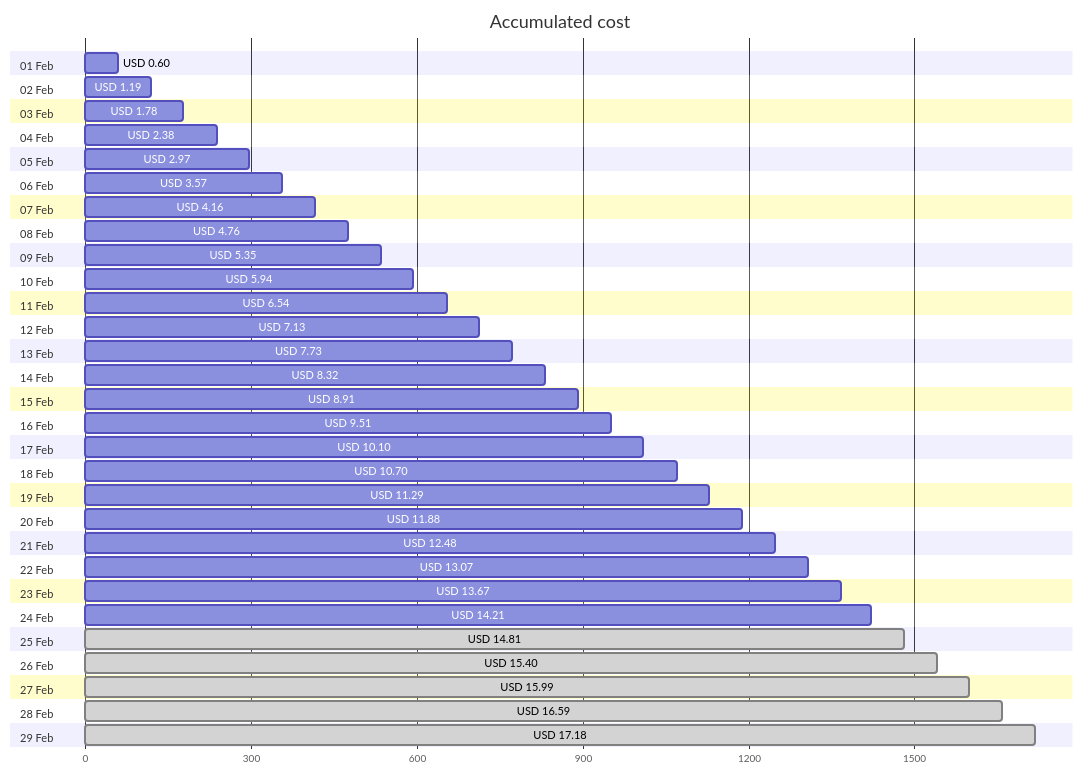
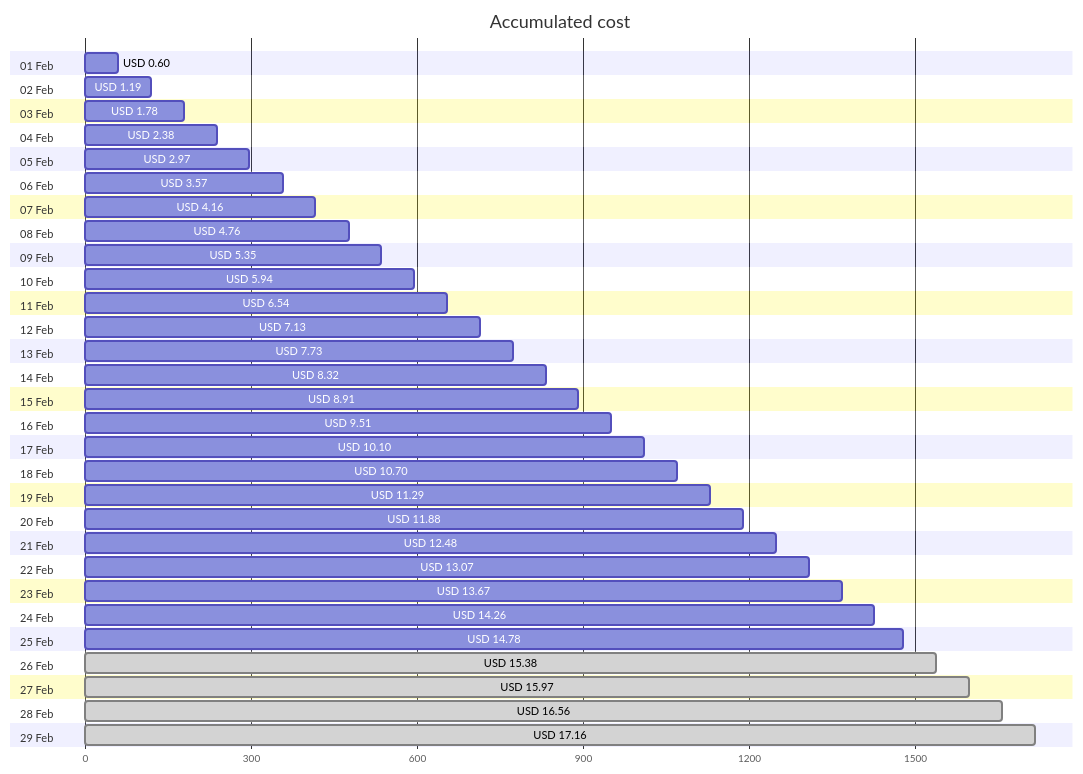
One commit to jpfulton/azure-personal-reports changed the first of 4 diagrams in cost-reports/personal-site/README.md. Above: the diagram before and after it, drawn with Mermaid. The commit also changed other lines of this file and 6 other files, not shown here.

````diff
--- a/cost-reports/personal-site/README.md
+++ b/cost-reports/personal-site/README.md
@@ -20,64 +20,64 @@
 ```mermaid
 gantt
    title Accumulated cost
    dateFormat  X
    axisFormat %s
    section 01 Feb
    USD 0.60 :0, 60
    section 02 Feb
    USD 1.19 :0, 119
    section 03 Feb
    USD 1.78 :0, 178
    section 04 Feb
    USD 2.38 :0, 238
    section 05 Feb
    USD 2.97 :0, 297
    section 06 Feb
    USD 3.57 :0, 357
    section 07 Feb
    USD 4.16 :0, 416
    section 08 Feb
    USD 4.76 :0, 476
    section 09 Feb
    USD 5.35 :0, 535
    section 10 Feb
    USD 5.94 :0, 594
    section 11 Feb
    USD 6.54 :0, 654
    section 12 Feb
    USD 7.13 :0, 713
    section 13 Feb
    USD 7.73 :0, 773
    section 14 Feb
    USD 8.32 :0, 832
    section 15 Feb
    USD 8.91 :0, 891
    section 16 Feb
    USD 9.51 :0, 951
    section 17 Feb
    USD 10.10 :0, 1010
    section 18 Feb
    USD 10.70 :0, 1070
    section 19 Feb
    USD 11.29 :0, 1129
    section 20 Feb
    USD 11.88 :0, 1188
    section 21 Feb
    USD 12.48 :0, 1248
    section 22 Feb
    USD 13.07 :0, 1307
    section 23 Feb
    USD 13.67 :0, 1367
    section 24 Feb
-   USD 14.21 :0, 1421
+   USD 14.26 :0, 1426
    section 25 Feb
-   USD 14.81 : done, 0, 1481
+   USD 14.78 :0, 1478
    section 26 Feb
-   USD 15.40 : done, 0, 1540
+   USD 15.38 : done, 0, 1538
    section 27 Feb
-   USD 15.99 : done, 0, 1599
+   USD 15.97 : done, 0, 1597
    section 28 Feb
-   USD 16.59 : done, 0, 1659
+   USD 16.56 : done, 0, 1656
    section 29 Feb
-   USD 17.18 : done, 0, 1718
+   USD 17.16 : done, 0, 1716
 ```
````
